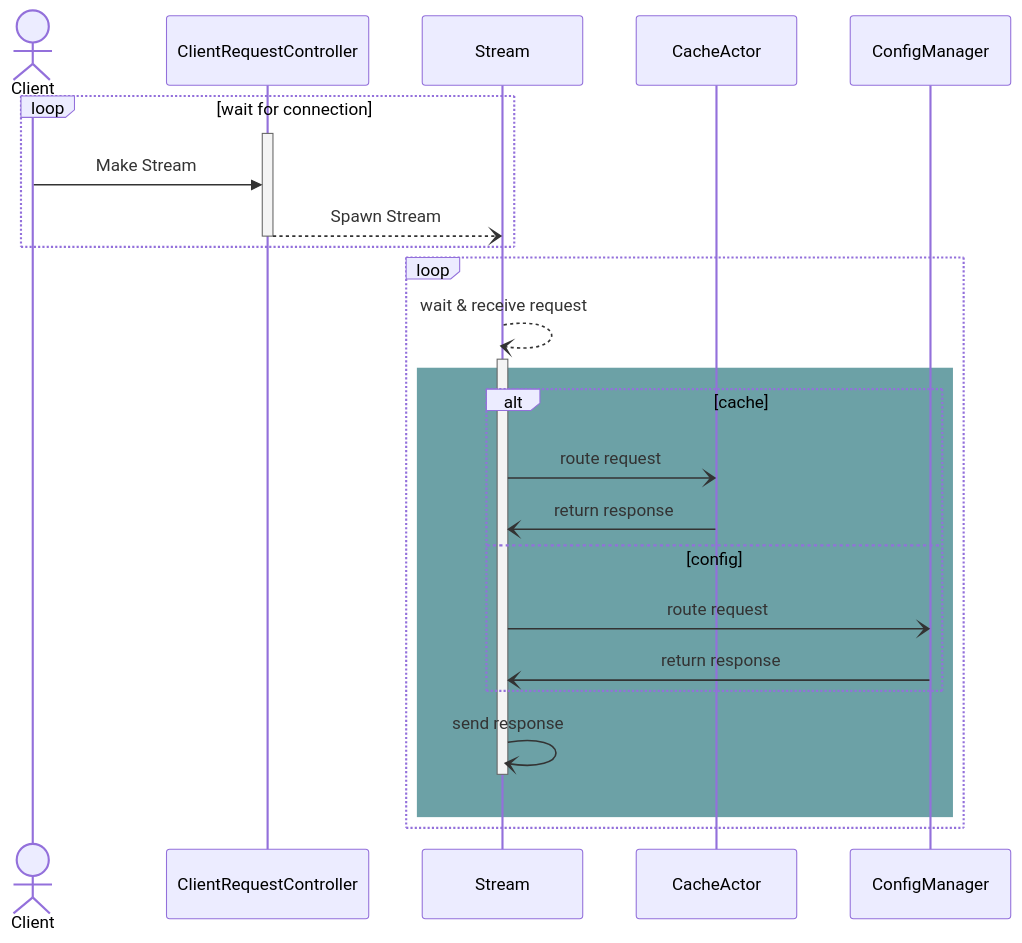
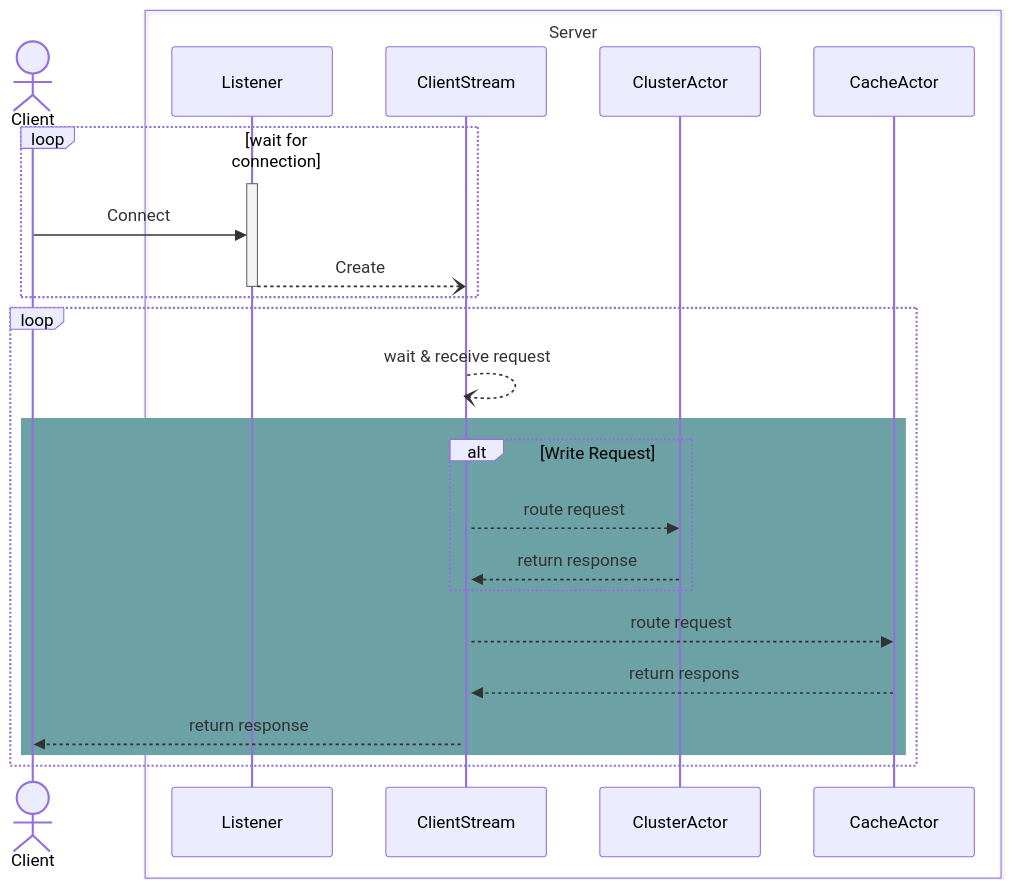
Before and after one commit to Migorithm/duva: the diagram in diagrams/client_query.mmd, drawn with Mermaid. The commit also changed 1 other file, not shown here.

Commit message:
docs: update client request control

```diff
--- a/diagrams/client_query.mmd
+++ b/diagrams/client_query.mmd
@@ -1,29 +1,34 @@
 sequenceDiagram
     actor C as Client
-    participant CC as ClientRequestController
-    participant Stream
+
+
+    Box Server
+    participant Listener
+    participant Stream as ClientStream
+
+    participant CL as ClusterActor
     participant CA as CacheActor
-    participant Config as ConfigManager
+    
+    end
     
     
     loop wait for connection
-        activate CC
-        C ->> CC: Make Stream
-        CC --) Stream : Spawn Stream
-        deactivate CC    
+        activate Listener
+        C ->> Listener: Connect
+        Listener --) Stream : Create
+        deactivate Listener
     end
 
     loop 
         Stream --)+ Stream: wait & receive request
         rect rgb(108, 161, 166)    
-            alt cache
-                Stream -) CA: route request
-                CA -) Stream: return response
-            else config
-                Stream -) Config: route request
-                Config -) Stream: return response
+
+            alt Write Request
+                Stream -->> CL: route request
+                CL -->> Stream: return response
             end
-                Stream -)- Stream: send response
-            
+            Stream -->> CA: route request
+            CA -->> Stream: return respons
+            Stream -->> C: return response
         end
     end
```
